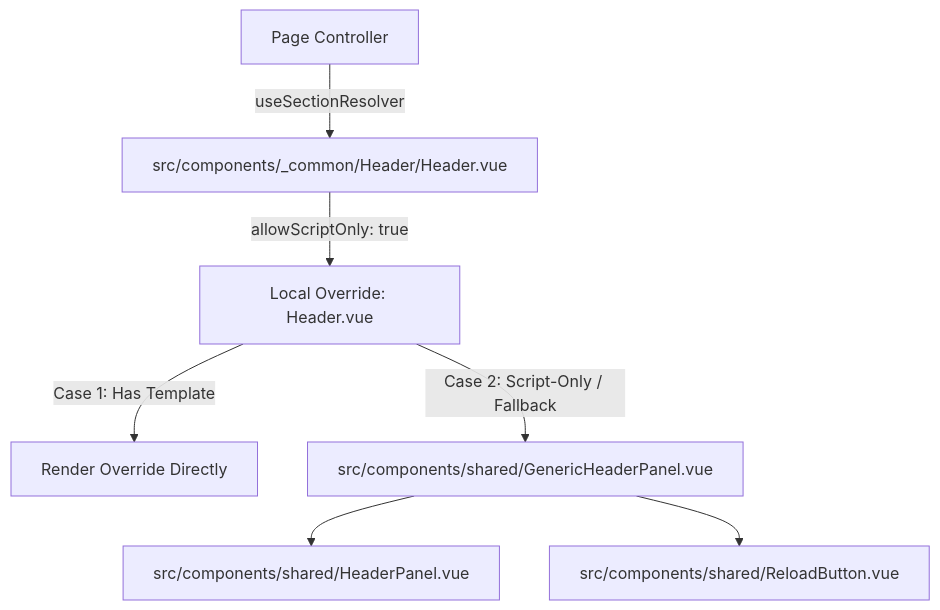
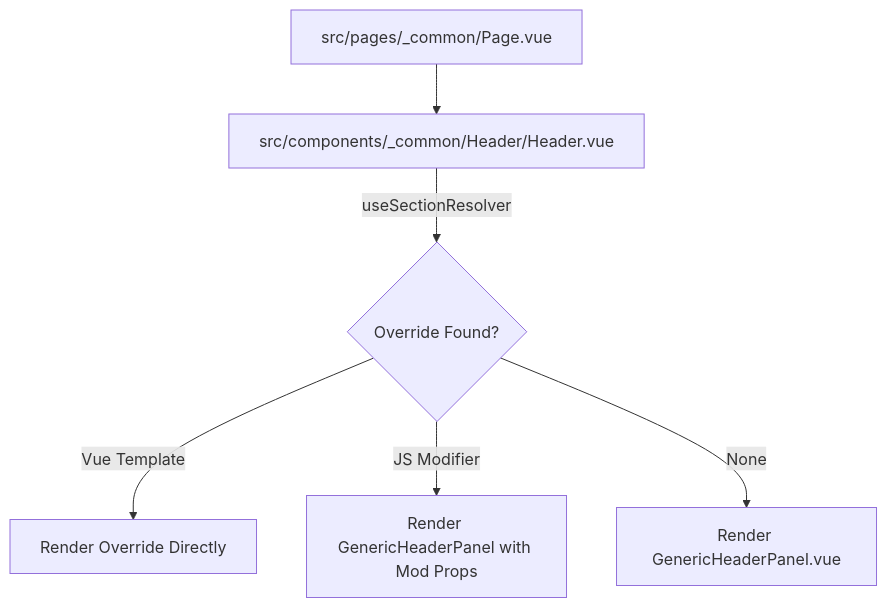
Before and after one commit to firumon/little-leap-aql: the first of 4 diagrams in Documents/CUSTOM_PAGE_AND_PAGE_SECTIONS_CUSTOMIZATIONS.md, drawn with Mermaid. The commit also changed other lines of this file and 7 other files, not shown here.

Commit message:
docs: clarify customization lookup tiers, logic modifiers, and update folder layout diagrams

````diff
--- a/Documents/CUSTOM_PAGE_AND_PAGE_SECTIONS_CUSTOMIZATIONS.md
+++ b/Documents/CUSTOM_PAGE_AND_PAGE_SECTIONS_CUSTOMIZATIONS.md
@@ -46,12 +46,8 @@
 ```mermaid
 graph TD
-    PageController[Page Controller] -->|useSectionResolver| Orchestrator[src/components/_common/Header/Header.vue]
-    
-    Orchestrator -->|allowScriptOnly: true| LocalHeader[Local Override: Header.vue]
-    
-    LocalHeader -->|Case 1: Has Template| RenderDirect[Render Override Directly]
-    LocalHeader -->|Case 2: Script-Only / Fallback| GenericHeaderPanel[src/components/shared/GenericHeaderPanel.vue]
-    
-    GenericHeaderPanel --> HeaderPanel[src/components/shared/HeaderPanel.vue]
-    GenericHeaderPanel --> ReloadButton[src/components/shared/ReloadButton.vue]
+    PageVue[src/pages/_common/Page.vue] --> HeaderFallback[src/components/_common/Header/Header.vue]
+    HeaderFallback -->|useSectionResolver| CustomOverride{Override Found?}
+    CustomOverride -->|Vue Template| RenderVue[Render Override Directly]
+    CustomOverride -->|JS Modifier| RenderGenericWithJS[Render GenericHeaderPanel with Mod Props]
+    CustomOverride -->|None| RenderGeneric[Render GenericHeaderPanel.vue]
 ```
````
